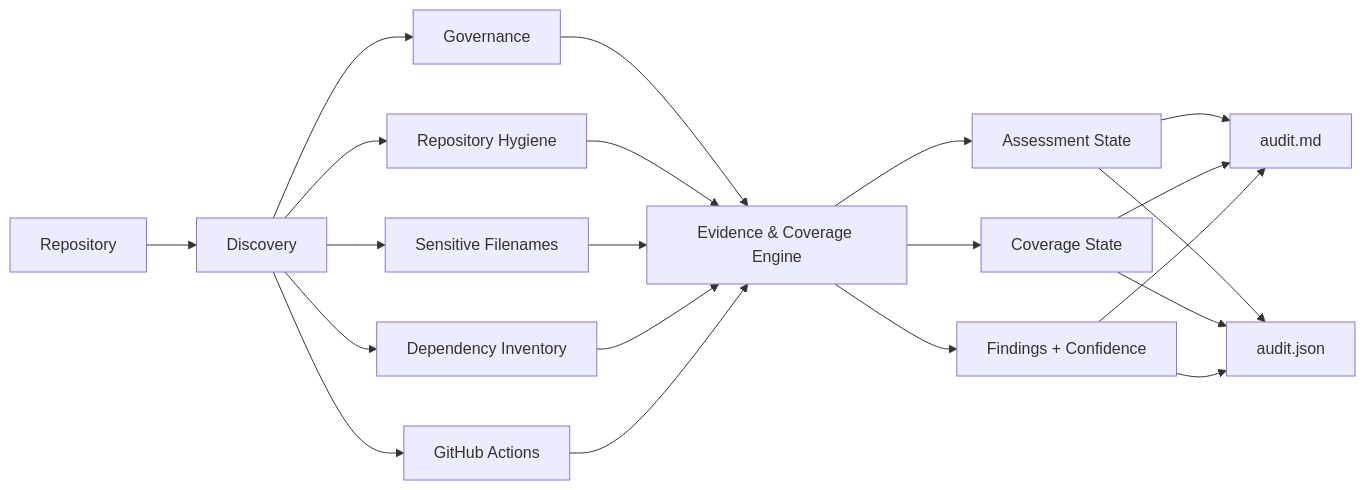
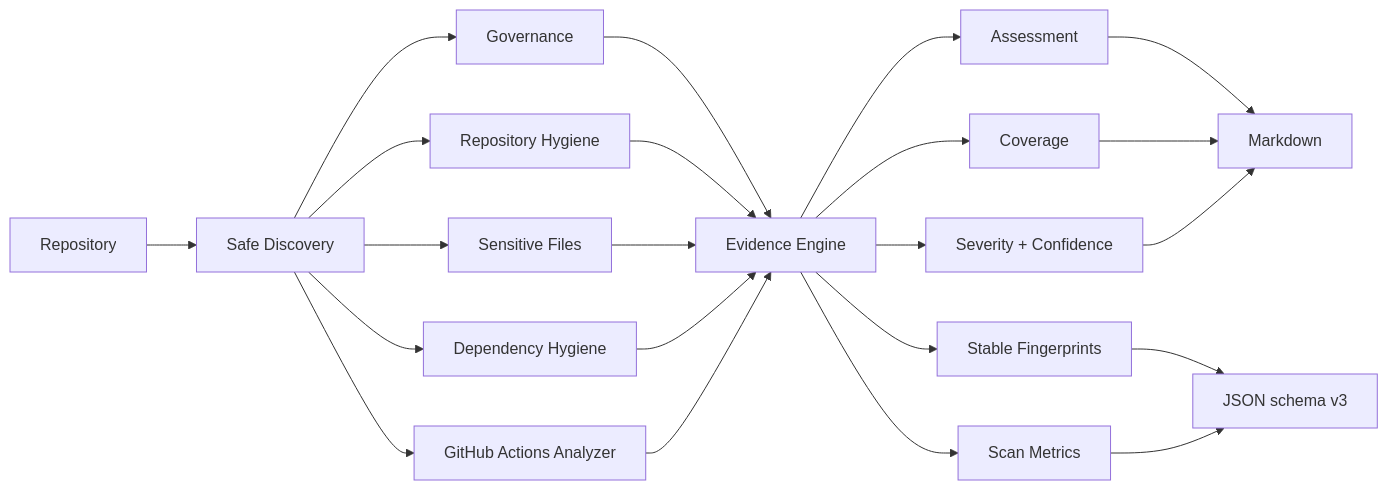
The first of 2 diagrams in README.md (DKWesley13/DkWess), drawn with Mermaid before and after one commit. The commit also changed other lines of this file and 34 other files, not shown here.

````diff
--- a/README.md
+++ b/README.md
@@ -138,27 +229,24 @@
 ```mermaid
 flowchart LR
-    A[Repository] --> B[Discovery]
+    A[Repository] --> B[Safe Discovery]
     B --> C[Governance]
     B --> D[Repository Hygiene]
-    B --> E[Sensitive Filenames]
-    B --> F[Dependency Inventory]
-    B --> G[GitHub Actions]
-
-    C --> H[Evidence & Coverage Engine]
+    B --> E[Sensitive Files]
+    B --> F[Dependency Hygiene]
+    B --> G[GitHub Actions Analyzer]
+    C --> H[Evidence Engine]
     D --> H
     E --> H
     F --> H
     G --> H
-
-    H --> I[Assessment State]
-    H --> J[Coverage State]
-    H --> K[Findings + Confidence]
-
-    I --> L[audit.md]
-    J --> L
-    K --> L
-
-    I --> M[audit.json]
-    J --> M
-    K --> M
+    H --> I[Assessment]
+    H --> J[Coverage]
+    H --> K[Severity + Confidence]
+    H --> L[Stable Fingerprints]
+    H --> M[Scan Metrics]
+    I --> N[Markdown]
+    J --> N
+    K --> N
+    L --> O[JSON schema v3]
+    M --> O
 ```
````
